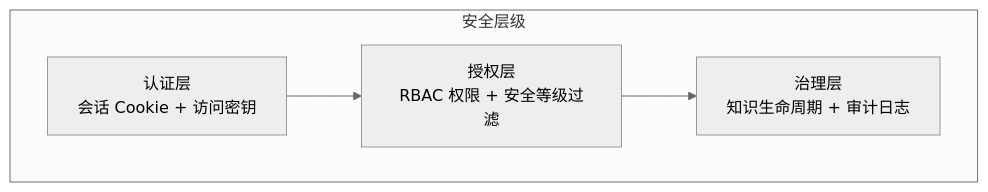
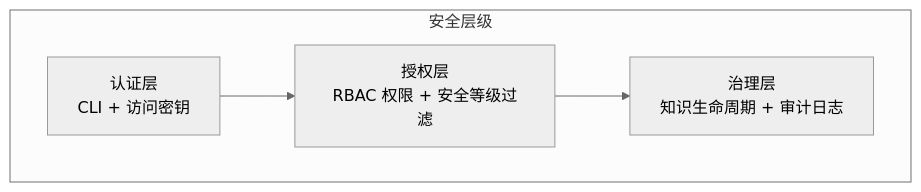
Before and after one commit to pofossette/TrapMap-for-vibing: the first of 3 diagrams in docs/operations/SECURITY.md, drawn with Mermaid (neutral theme). The commit also changed other lines of this file and 1 other file, not shown here.

First line of the commit message:
docs: converge AUTH and SECURITY docs to CLI-only auth posture

````diff
--- a/docs/operations/SECURITY.md
+++ b/docs/operations/SECURITY.md
@@ -9,11 +9,11 @@
 ```mermaid
 flowchart TB
     subgraph 安全层级["安全层级"]
-        Auth["认证层<br/>会话 Cookie + 访问密钥"]
+        Auth["认证层<br/>CLI + 访问密钥"]
         Authz["授权层<br/>RBAC 权限 + 安全等级过滤"]
         Governance["治理层<br/>知识生命周期 + 审计日志"]
-        
+
         Auth --> Authz
         Authz --> Governance
     end
 ```
````
